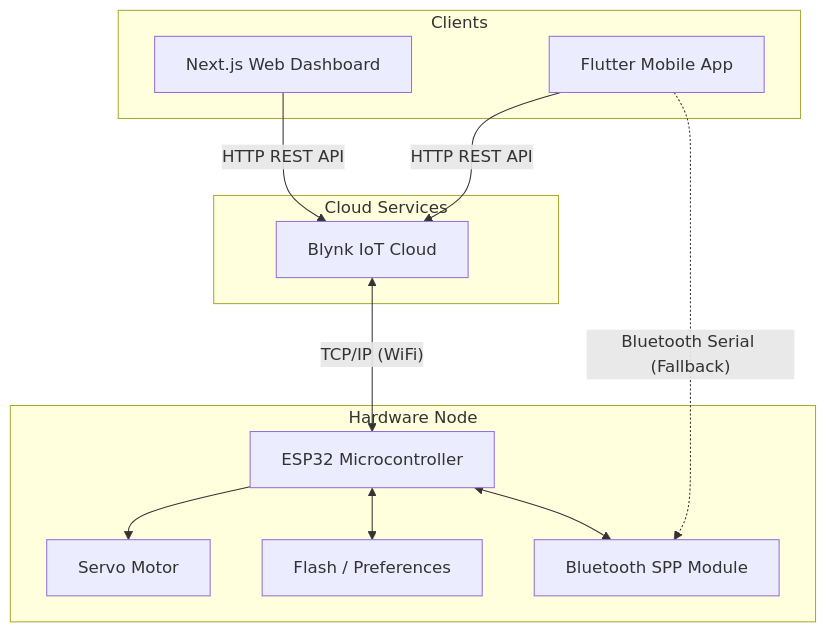
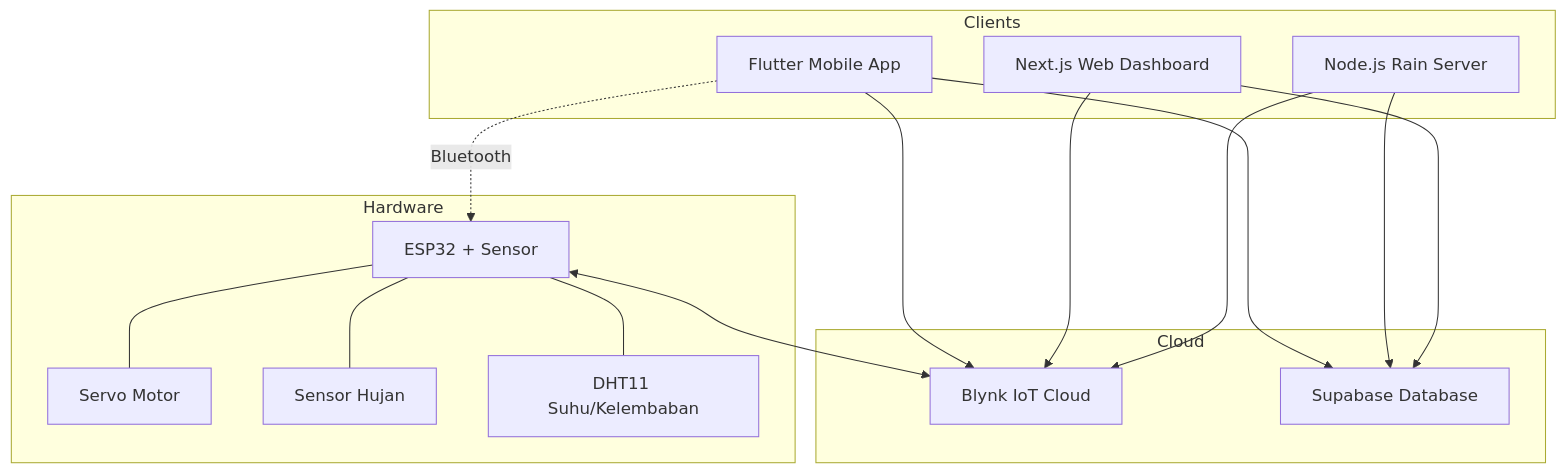
The first of 2 diagrams in README.md (rizkygm23/smartcloches-controller-iot), drawn with Mermaid before and after one commit. The commit also changed other lines of this file and 29 other files, not shown here.

````diff
--- a/README.md
+++ b/README.md
@@ -9,33 +7,35 @@
 ```mermaid
 graph TD
-    subgraph "Clients"
-        Web[Next.js Web Dashboard]
-        Mobile[Flutter Mobile App]
+    subgraph "Hardware"
+        ESP32[ESP32 + Sensor]
+        Servo[Servo Motor]
+        Rain[Sensor Hujan]
+        DHT[DHT11 Suhu/Kelembaban]
     end
 
-    subgraph "Cloud Services"
+    subgraph "Cloud"
         Blynk[Blynk IoT Cloud]
+        Supa[Supabase Database]
     end
 
-    subgraph "Hardware Node"
-        ESP32[ESP32 Microcontroller]
-        BT[Bluetooth SPP Module]
-        EEPROM[Flash / Preferences]
-        Servo[Servo Motor]
+    subgraph "Clients"
+        Mobile[Flutter Mobile App]
+        Web[Next.js Web Dashboard]
+        Server[Node.js Rain Server]
     end
 
-    %% Client to Cloud
-    Web -- "HTTP REST API" --> Blynk
-    Mobile -- "HTTP REST API" --> Blynk
-    
-    %% Cloud to Hardware
-    Blynk -- "TCP/IP (WiFi)" <--> ESP32
-    
-    %% Hardware Internals
-    ESP32 --> Servo
-    ESP32 <--> EEPROM
-    ESP32 <--> BT
-    
-    %% Offline Provisioning
-    Mobile -. "Bluetooth Serial (Fallback)" .-> BT
+    ESP32 --- Servo
+    ESP32 --- Rain
+    ESP32 --- DHT
+
+    ESP32 <--> Blynk
+    Mobile --> Blynk
+    Web --> Blynk
+    Server --> Blynk
+
+    Mobile --> Supa
+    Server --> Supa
+    Web --> Supa
+
+    Mobile -. "Bluetooth" .-> ESP32
 ```
````
